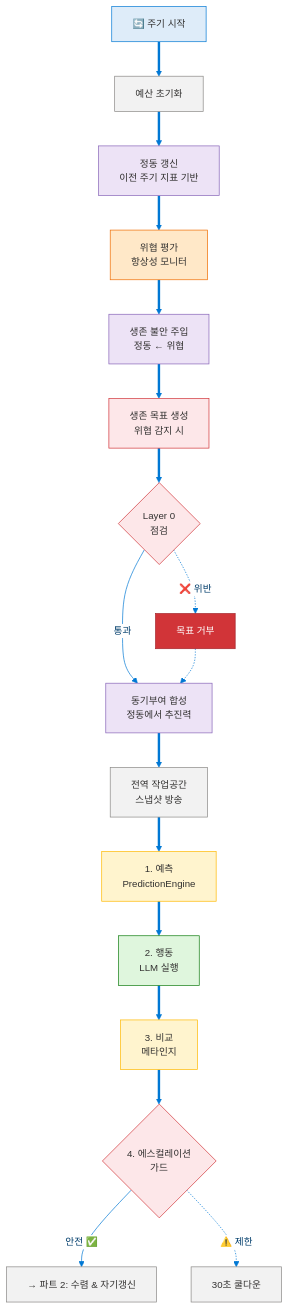
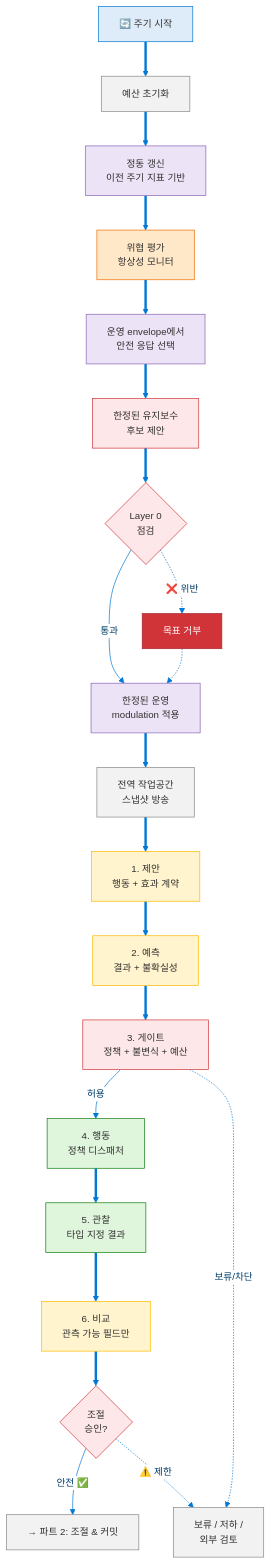
One commit to dotnetpower/mscp changed the sixth of 19 diagrams in docs/levels/Level_3_Self_Regulating_Agent.ko.md. Above: the diagram before and after it, drawn with Mermaid. The commit also changed other lines of this file and 21 other files, not shown here.

````diff
--- a/docs/levels/Level_3_Self_Regulating_Agent.ko.md
+++ b/docs/levels/Level_3_Self_Regulating_Agent.ko.md
@@ -448,51 +490,58 @@
 ```mermaid
 %%{init: {'theme': 'base', 'themeVariables': {'primaryColor': '#0078D4', 'primaryTextColor': '#003D6B', 'primaryBorderColor': '#003D6B', 'secondaryColor': '#50E6FF', 'secondaryTextColor': '#323130', 'secondaryBorderColor': '#00BCF2', 'tertiaryColor': '#F2F2F2', 'tertiaryTextColor': '#323130', 'lineColor': '#0078D4', 'textColor': '#323130', 'mainBkg': '#DEECF9', 'nodeBorder': '#0078D4', 'clusterBkg': '#F2F2F2', 'clusterBorder': '#003D6B', 'titleColor': '#003D6B', 'edgeLabelBackground': '#FFFFFF', 'fontSize': '14px'}}}%%
 flowchart TD
   classDef start fill:#DEECF9,stroke:#0078D4,color:#323130
   classDef infra fill:#F2F2F2,stroke:#8A8886,color:#323130
   classDef affect fill:#EDE3F6,stroke:#8764B8,color:#323130
   classDef warning fill:#FFE8C8,stroke:#EF6C00,color:#323130
   classDef safety fill:#FDE7E9,stroke:#D13438,color:#323130
   classDef safetyStrong fill:#D13438,stroke:#A4262C,color:#FFF
   classDef predict fill:#FFF4CE,stroke:#FFB900,color:#323130
   classDef action fill:#DFF6DD,stroke:#107C10,color:#323130
   classDef neutral fill:#F2F2F2,stroke:#8A8886,color:#323130
 
   START["🔄 주기 시작"]:::start
   RESET["예산 초기화"]:::infra
   AFFECT["정동 갱신<br/>이전 주기 지표 기반"]:::affect
   THREAT["위협 평가<br/>항상성 모니터"]:::warning
-  ANXIETY["생존 불안 주입<br/>정동 ← 위협"]:::affect
-  SGOAL["생존 목표 생성<br/>위협 감지 시"]:::safety
+  ANXIETY["운영 envelope에서<br/>안전 응답 선택"]:::affect
+  SGOAL["한정된 유지보수<br/>후보 제안"]:::safety
 
   L0CHECK{"Layer 0<br/>점검"}:::safety
   REJECT["목표 거부"]:::safetyStrong
-  MOTIV["동기부여 합성<br/>정동에서 추진력"]:::affect
+  MOTIV["한정된 운영<br/>modulation 적용"]:::affect
   GWS["전역 작업공간<br/>스냅샷 방송"]:::infra
 
-  PREDICT["1. 예측<br/>PredictionEngine"]:::predict
-  ACT["2. 행동<br/>LLM 실행"]:::action
-  COMPARE["3. 비교<br/>메타인지"]:::predict
+  PROPOSE["1. 제안<br/>행동 + 효과 계약"]:::predict
+  PREDICT["2. 예측<br/>결과 + 불확실성"]:::predict
+  GATE["3. 게이트<br/>정책 + 불변식 + 예산"]:::safety
+  ACT["4. 행동<br/>정책 디스패처"]:::action
+  OBSERVE["5. 관찰<br/>타입 지정 결과"]:::action
+  COMPARE["6. 비교<br/>관측 가능 필드만"]:::predict
 
-  GUARD{"4. 에스컬레이션<br/>가드"}:::safety
-  COOLDOWN["30초 쿨다운"]:::infra
-  NEXT["→ 파트 2: 수렴 & 자기갱신"]:::neutral
+  GUARD{"조절<br/>승인?"}:::safety
+  COOLDOWN["보류 / 저하 /<br/>외부 검토"]:::infra
+  NEXT["→ 파트 2: 조절 & 커밋"]:::neutral
 
   START ==> RESET
   RESET ==> AFFECT
   AFFECT ==> THREAT
   THREAT ==> ANXIETY
   ANXIETY ==> SGOAL
   SGOAL ==> L0CHECK
   L0CHECK -->|통과| MOTIV
   L0CHECK -.->|"❌ 위반"| REJECT
   REJECT -.-> MOTIV
   MOTIV ==> GWS
 
-  GWS ==> PREDICT
-  PREDICT ==> ACT
-  ACT ==> COMPARE
+  GWS ==> PROPOSE
+  PROPOSE ==> PREDICT
+  PREDICT ==> GATE
+  GATE -->|허용| ACT
+  GATE -.->|보류/차단| COOLDOWN
+  ACT ==> OBSERVE
+  OBSERVE ==> COMPARE
   COMPARE ==> GUARD
   GUARD -->|"안전 ✅"| NEXT
   GUARD -.->|"⚠️ 제한"| COOLDOWN
 ```
````
